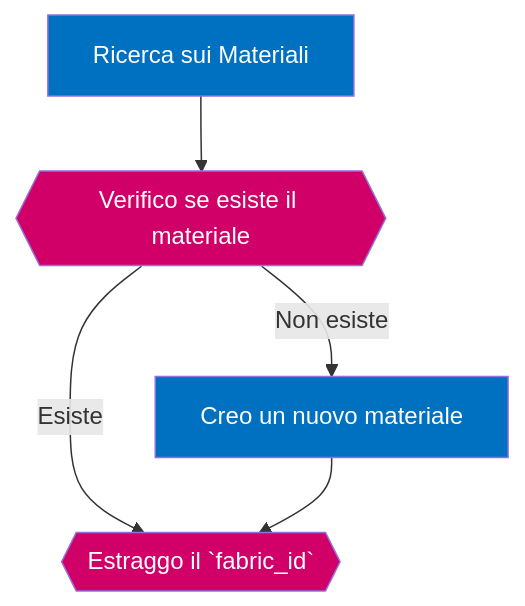
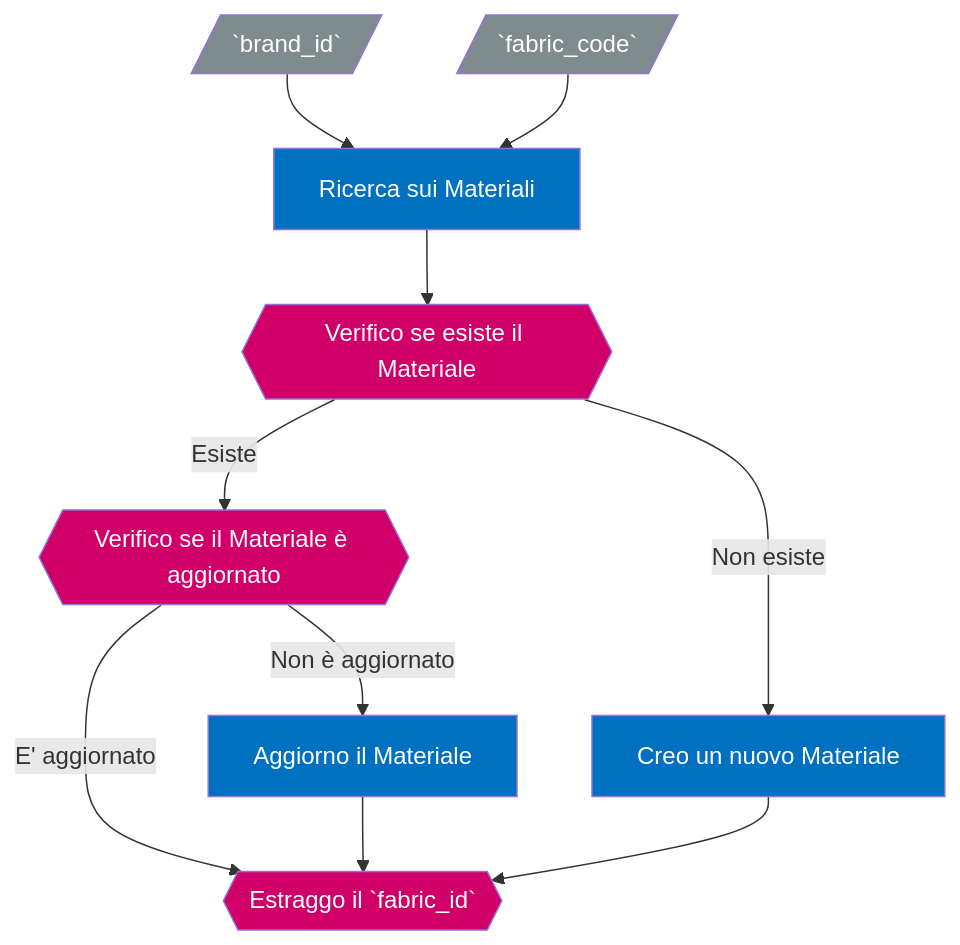
Before and after one commit to phoenixweb/Crystal: the fourth of 7 diagrams in how_to/import_products.md, drawn with Mermaid. The commit also changed other lines of this file, not shown here.

````diff
--- a/how_to/import_products.md
+++ b/how_to/import_products.md
@@ -211,13 +231,23 @@
 ```mermaid
 graph TD;
- A[Ricerca sui Materiali]:::action;
- B{{Verifico se esiste il materiale}}:::logic;
- C[Creo un nuovo materiale]:::action;
- D{{Estraggo il `fabric_id`}}:::logic;
- A-->B;
- B-->|Esiste|D;
- B-->|Non esiste|C;
- C-->D;
- classDef action fill:#0070C0,color:#FFF;
- classDef logic fill:#D10069,color:#FFF;
+	A[/`brand_id`/]:::input;
+	B[/`fabric_code`/]:::input;
+	C[Ricerca sui Materiali]:::action;
+	D{{Verifico se esiste il Materiale}}:::logic;
+	E{{Verifico se il Materiale è aggiornato}}:::logic;
+	F[Creo un nuovo Materiale]:::action;
+	G[Aggiorno il Materiale]:::action;
+	H{{Estraggo il `fabric_id`}}:::logic;
+	A-->C;
+	B-->C;
+	C-->D;
+	D-->|Esiste|E;
+	E-->|Non è aggiornato|G;
+	E-->|E' aggiornato|H;
+	G-->H;
+	D-->|Non esiste|F;
+	F-->H;
+	classDef input fill:#7F8C8D,color:#FFF;
+	classDef action fill:#0070C0,color:#FFF;
+	classDef logic fill:#D10069,color:#FFF;
 ```
````
